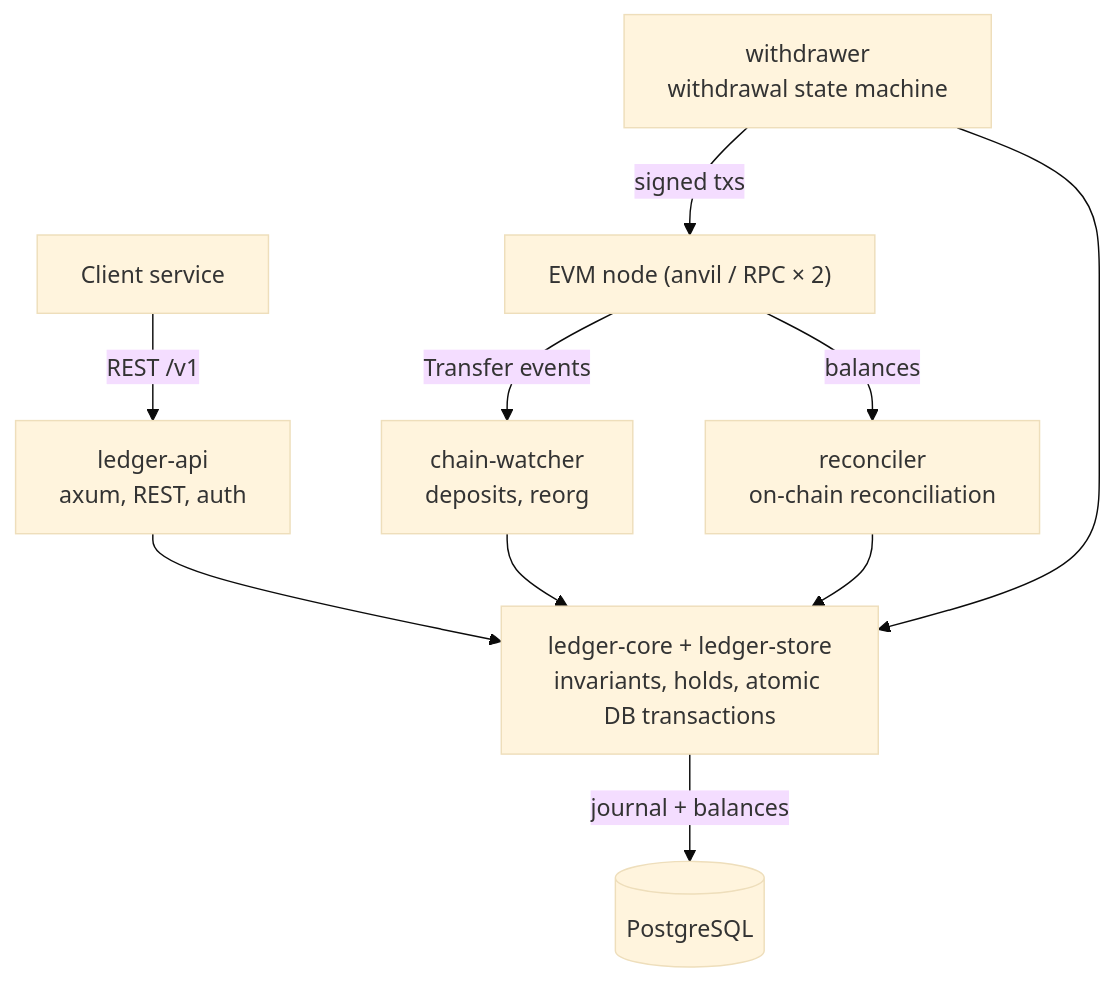
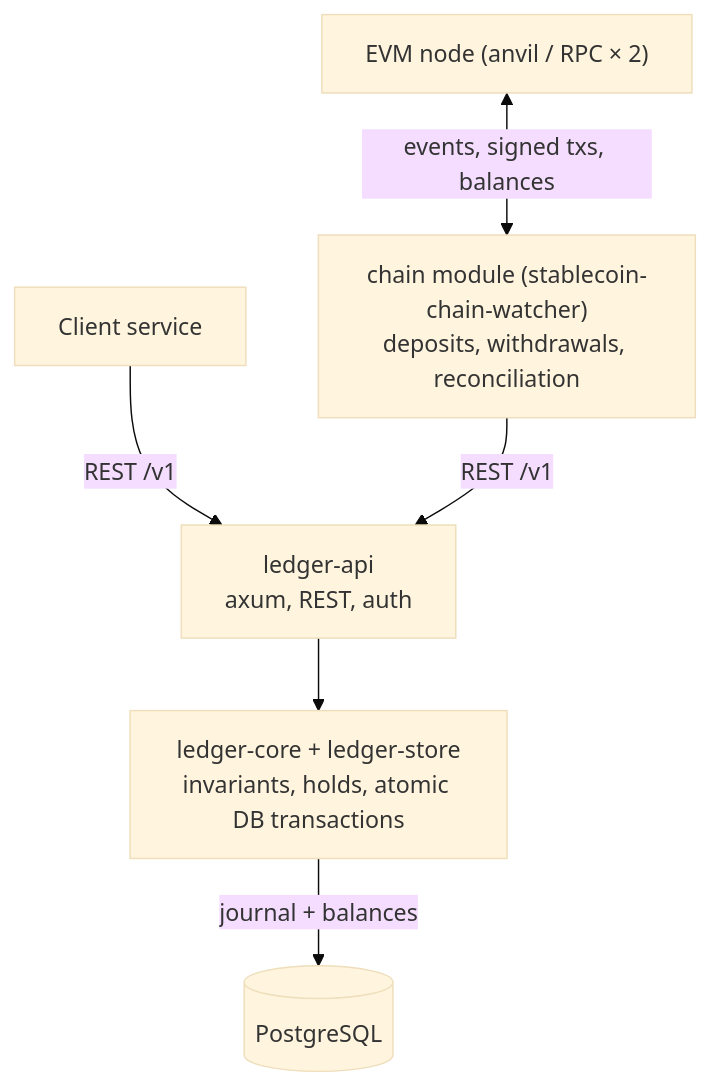
Before and after one commit to Next-Vector/stablecoin-ledger: the diagram in docs/specification.md, drawn with Mermaid (base theme). The commit also changed other lines of this file and 10 other files, not shown here.

Commit message:
chore: remove chain-watcher, withdrawer and reconciler from the ledger (#64)

````diff
--- a/docs/specification.md
+++ b/docs/specification.md
@@ -320,24 +324,18 @@
 ```mermaid
 flowchart TB
     client[Client service]
     node["EVM node (anvil / RPC × 2)"]
 
+    chain["chain module (stablecoin-chain-watcher)<br/>deposits, withdrawals, reconciliation"]
     api["ledger-api<br/>axum, REST, auth"]
-    watcher["chain-watcher<br/>deposits, reorg"]
-    withdrawer["withdrawer<br/>withdrawal state machine"]
-    reconciler["reconciler<br/>on-chain reconciliation"]
 
     core["ledger-core + ledger-store<br/>invariants, holds, atomic DB transactions"]
     pg[(PostgreSQL)]
 
     client -- "REST /v1" --> api
-    node -- "Transfer events" --> watcher
-    withdrawer -- "signed txs" --> node
-    node -- "balances" --> reconciler
+    node <-- "events, signed txs, balances" --> chain
+    chain -- "REST /v1" --> api
 
     api --> core
-    watcher --> core
-    withdrawer --> core
-    reconciler --> core
     core -- "journal + balances" --> pg
 ```
````
